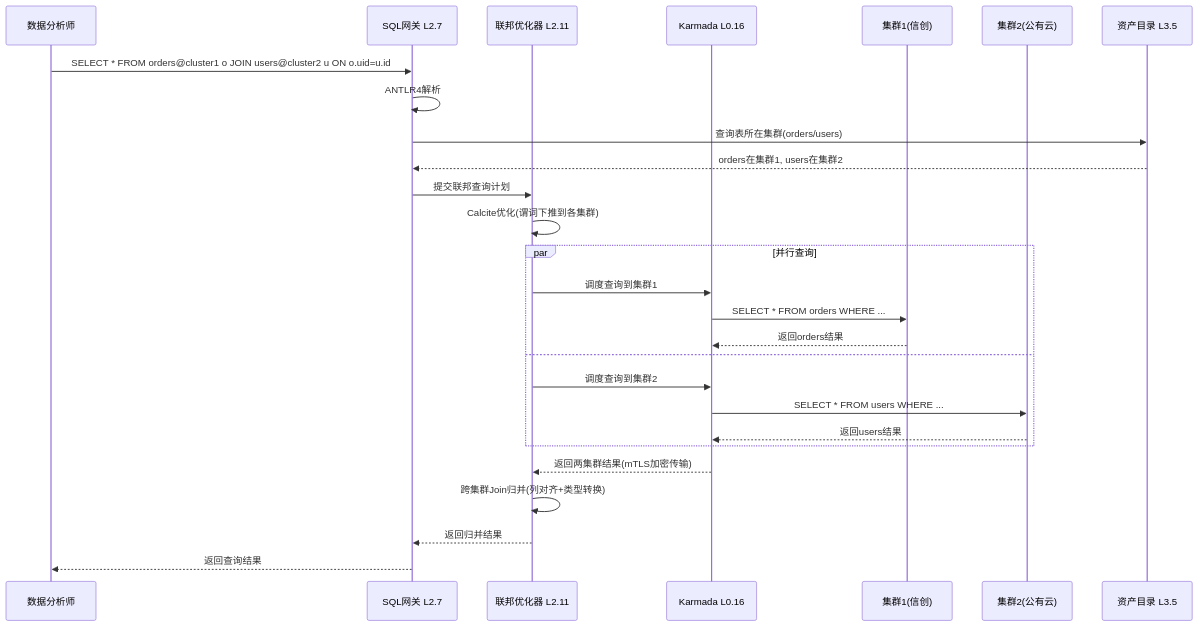
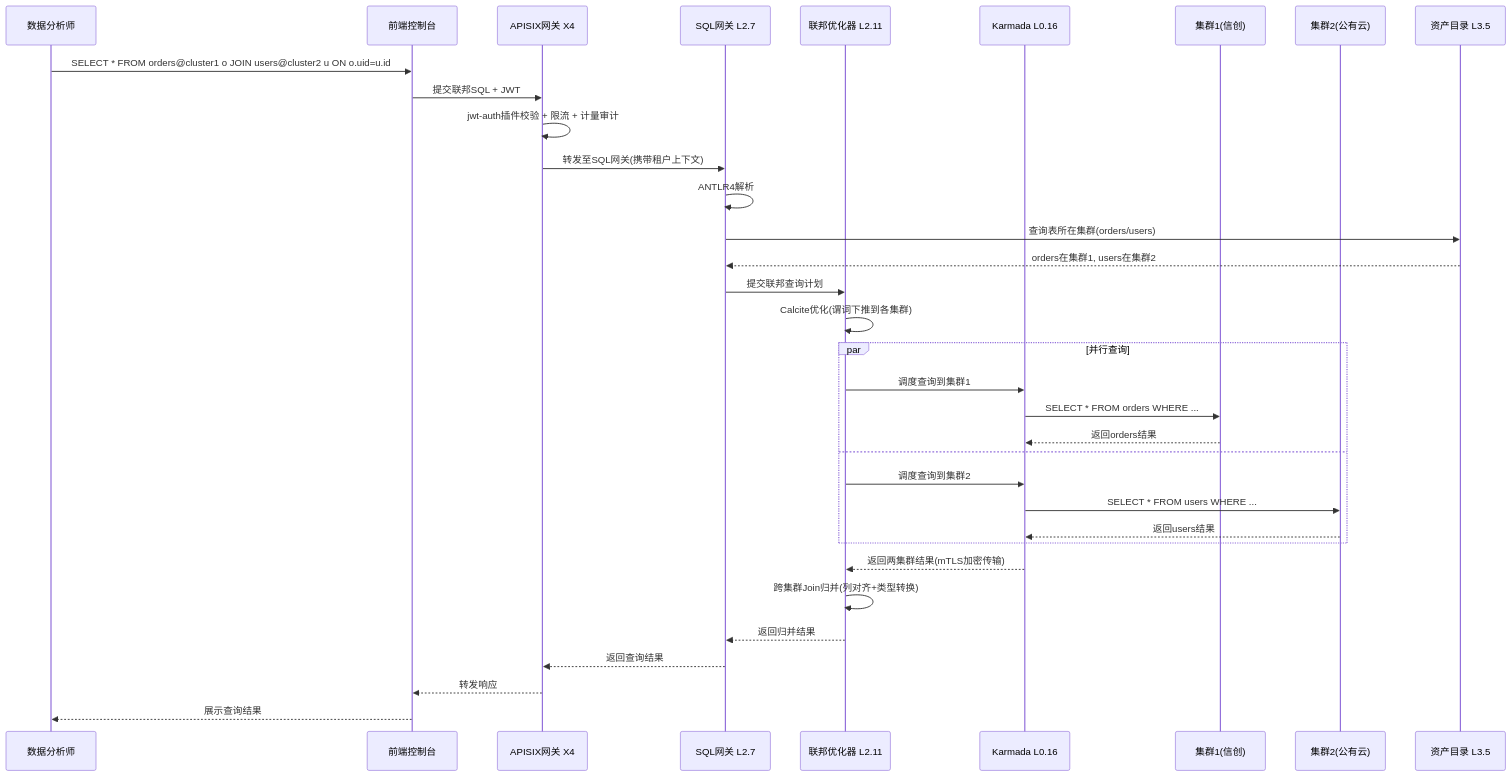
Before and after one commit to Levango7/DataEngineBDP: the fourth of 9 diagrams in design/v2.0/V2.0_架构设计文档.md, drawn with Mermaid. The commit also changed other lines of this file and 6 other files, not shown here.

````diff
--- a/design/v2.0/V2.0_架构设计文档.md
+++ b/design/v2.0/V2.0_架构设计文档.md
@@ -752,30 +804,37 @@
 ```mermaid
 sequenceDiagram
     participant U as 数据分析师
+    participant F as 前端控制台
+    participant G as APISIX网关 X4
     participant SG as SQL网关 L2.7
     participant FO as 联邦优化器 L2.11
     participant KA as Karmada L0.16
     participant C1 as 集群1(信创)
     participant C2 as 集群2(公有云)
     participant AC as 资产目录 L3.5
 
-    U->>SG: SELECT * FROM orders@cluster1 o JOIN users@cluster2 u ON o.uid=u.id
+    U->>F: SELECT * FROM orders@cluster1 o JOIN users@cluster2 u ON o.uid=u.id
+    F->>G: 提交联邦SQL + JWT
+    G->>G: jwt-auth插件校验 + 限流 + 计量审计
+    G->>SG: 转发至SQL网关(携带租户上下文)
     SG->>SG: ANTLR4解析
     SG->>AC: 查询表所在集群(orders/users)
     AC-->>SG: orders在集群1, users在集群2
     SG->>FO: 提交联邦查询计划
     FO->>FO: Calcite优化(谓词下推到各集群)
     par 并行查询
         FO->>KA: 调度查询到集群1
         KA->>C1: SELECT * FROM orders WHERE ...
         C1-->>KA: 返回orders结果
     and
         FO->>KA: 调度查询到集群2
         KA->>C2: SELECT * FROM users WHERE ...
         C2-->>KA: 返回users结果
     end
     KA-->>FO: 返回两集群结果(mTLS加密传输)
     FO->>FO: 跨集群Join归并(列对齐+类型转换)
     FO-->>SG: 返回归并结果
-    SG-->>U: 返回查询结果
+    SG-->>G: 返回查询结果
+    G-->>F: 转发响应
+    F-->>U: 展示查询结果
 ```
````
